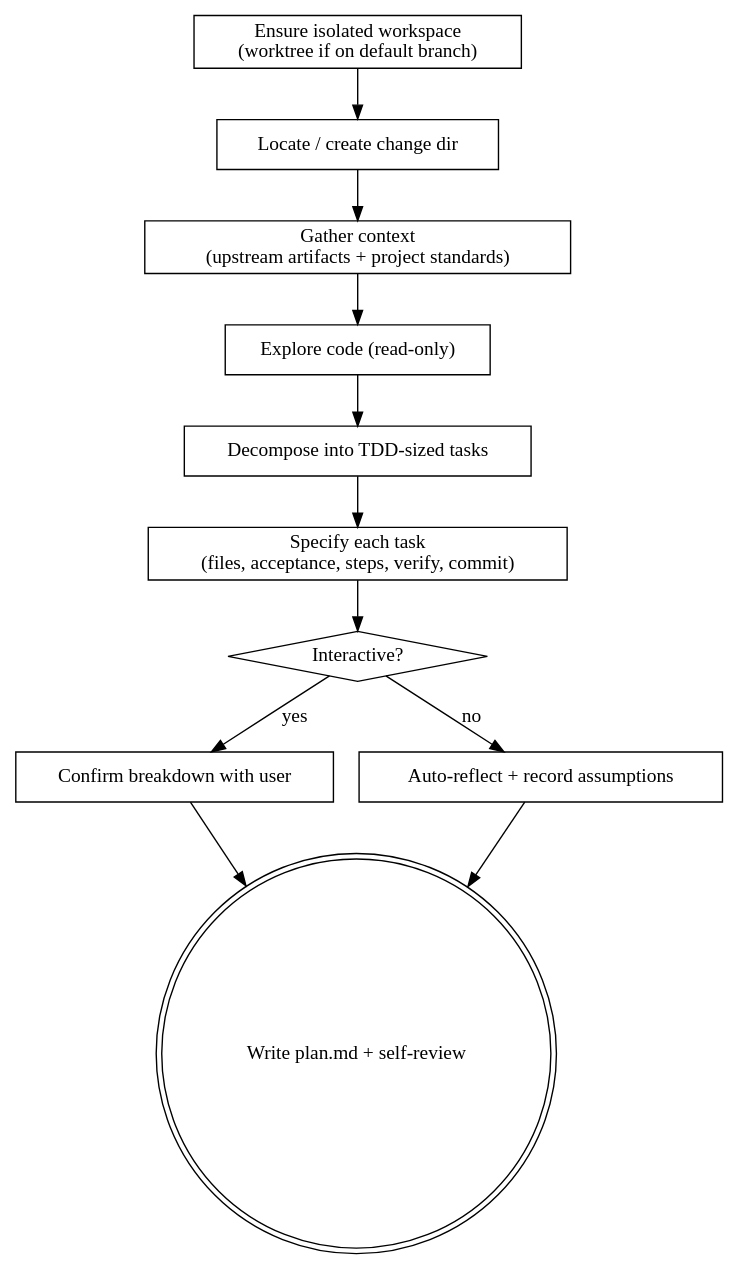
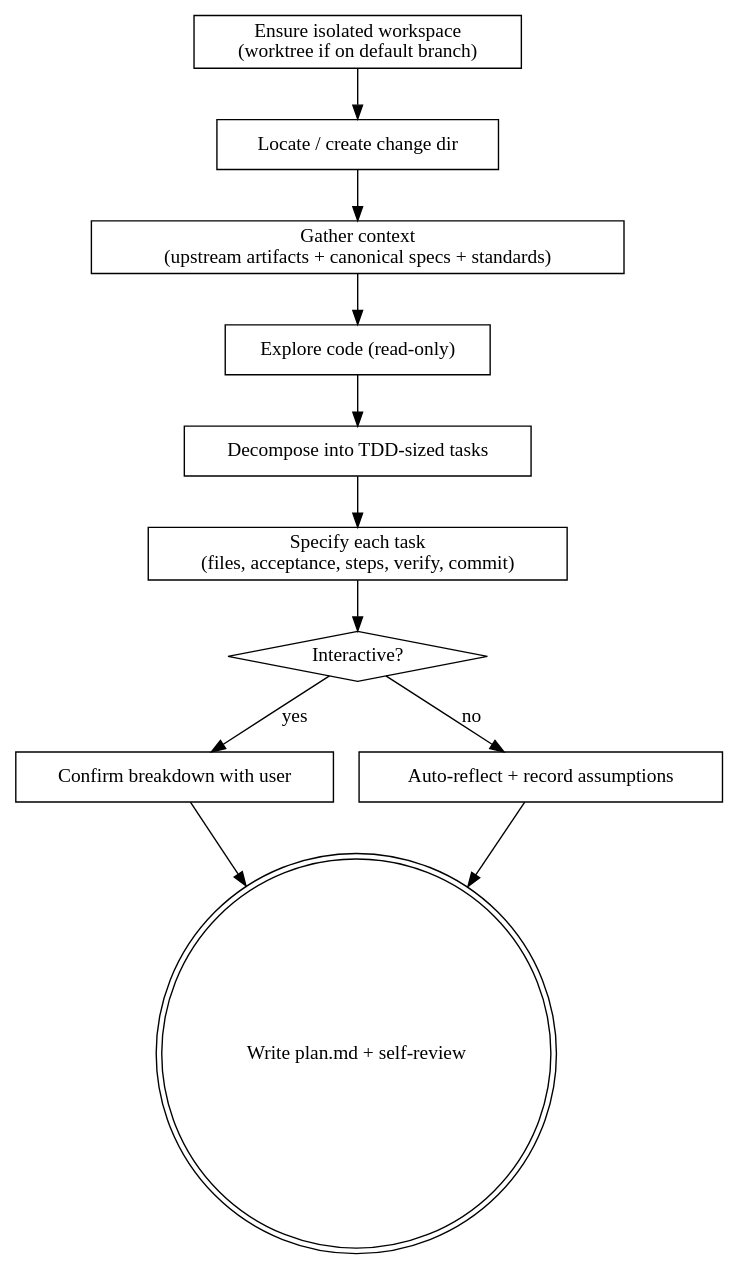
The diagram in skills/hamilton-plan/SKILL.md (caiorcferreira/hamilton), drawn with Graphviz before and after one commit. The commit also changed other lines of this file and 1 other file, not shown here.

First line of the commit message:
docs(hamilton): read canonical specs in propose and plan

````diff
--- a/skills/hamilton-plan/SKILL.md
+++ b/skills/hamilton-plan/SKILL.md
@@ -148,25 +159,25 @@
 ```dot
 digraph hamilton_plan {
     "Ensure isolated workspace\n(worktree if on default branch)" [shape=box];
     "Locate / create change dir" [shape=box];
-    "Gather context\n(upstream artifacts + project standards)" [shape=box];
+    "Gather context\n(upstream artifacts + canonical specs + standards)" [shape=box];
     "Explore code (read-only)" [shape=box];
     "Decompose into TDD-sized tasks" [shape=box];
     "Specify each task\n(files, acceptance, steps, verify, commit)" [shape=box];
     "Interactive?" [shape=diamond];
     "Confirm breakdown with user" [shape=box];
     "Auto-reflect + record assumptions" [shape=box];
     "Write plan.md + self-review" [shape=doublecircle];
 
     "Ensure isolated workspace\n(worktree if on default branch)" -> "Locate / create change dir";
-    "Locate / create change dir" -> "Gather context\n(upstream artifacts + project standards)";
-    "Gather context\n(upstream artifacts + project standards)" -> "Explore code (read-only)";
+    "Locate / create change dir" -> "Gather context\n(upstream artifacts + canonical specs + standards)";
+    "Gather context\n(upstream artifacts + canonical specs + standards)" -> "Explore code (read-only)";
     "Explore code (read-only)" -> "Decompose into TDD-sized tasks";
     "Decompose into TDD-sized tasks" -> "Specify each task\n(files, acceptance, steps, verify, commit)";
     "Specify each task\n(files, acceptance, steps, verify, commit)" -> "Interactive?";
     "Interactive?" -> "Confirm breakdown with user" [label="yes"];
     "Interactive?" -> "Auto-reflect + record assumptions" [label="no"];
     "Confirm breakdown with user" -> "Write plan.md + self-review";
     "Auto-reflect + record assumptions" -> "Write plan.md + self-review";
 }
 ```
````
